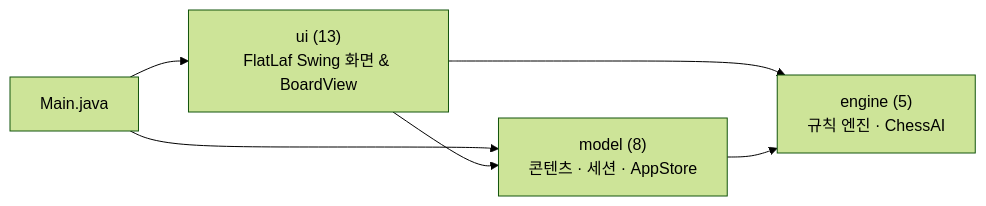
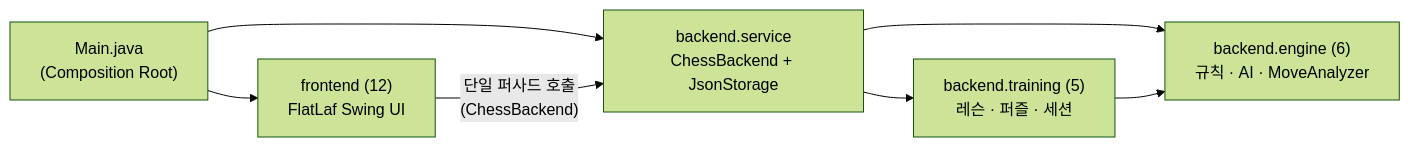
One commit to OOP-TeamA/chess-trainer changed the diagram in README.md. Above: the diagram before and after it, drawn with Mermaid (forest theme). The commit also changed other lines of this file and 73 other files, not shown here.

First line of the commit message:
refactor: SOLID 원칙 적용, backend/frontend 엄격 분리, Gson JSON 직렬화 도입

````diff
--- a/README.md
+++ b/README.md
@@ -29,8 +32,9 @@
 ```mermaid
 flowchart LR
-    Main["Main.java"] --> UI["ui (13)<br/>FlatLaf Swing 화면 & BoardView"]
-    Main --> Model["model (8)<br/>콘텐츠 · 세션 · AppStore"]
-    UI --> Model
-    UI --> Engine["engine (5)<br/>규칙 엔진 · ChessAI"]
-    Model --> Engine
+    Main["Main.java<br/>(Composition Root)"] --> FE["frontend (12)<br/>FlatLaf Swing UI"]
+    Main --> BE["backend.service<br/>ChessBackend + JsonStorage"]
+    FE -- "단일 퍼사드 호출<br/>(ChessBackend)" --> BE
+    BE --> TR["backend.training (5)<br/>레슨 · 퍼즐 · 세션"]
+    BE --> EN["backend.engine (6)<br/>규칙 · AI · MoveAnalyzer"]
+    TR --> EN
 ```
````
